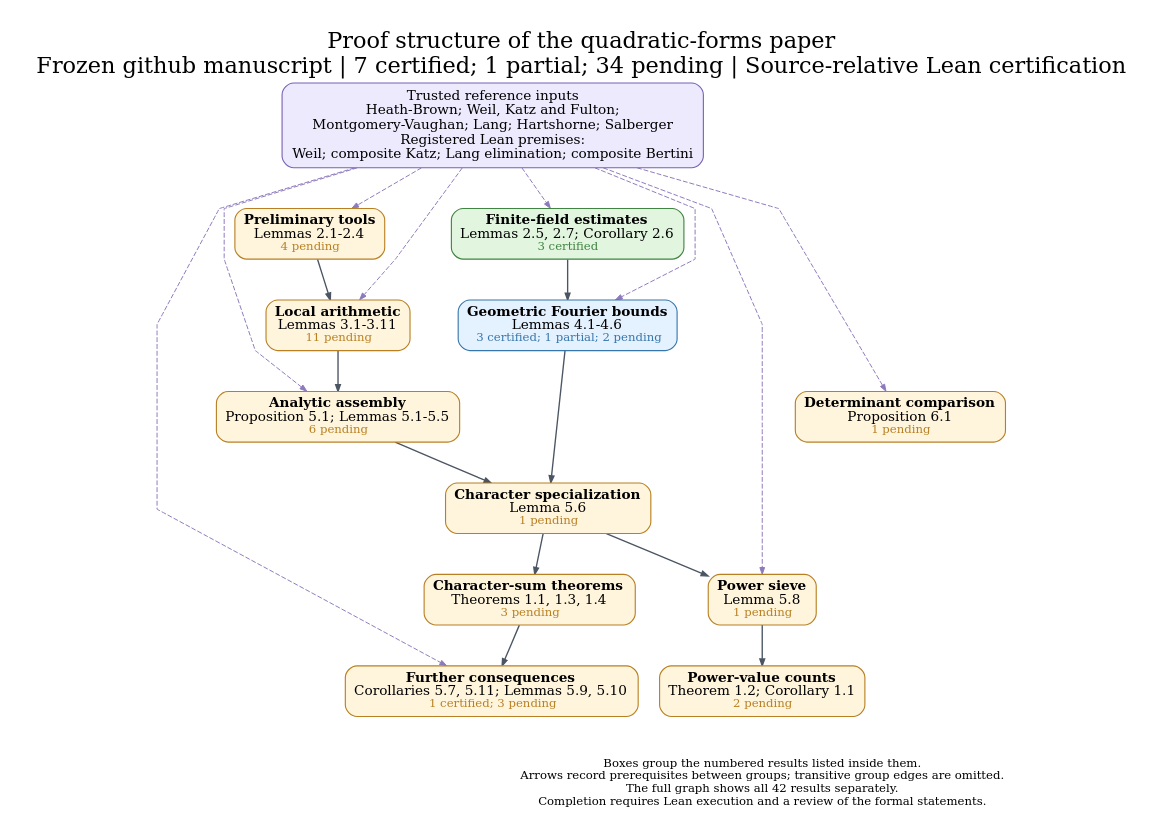
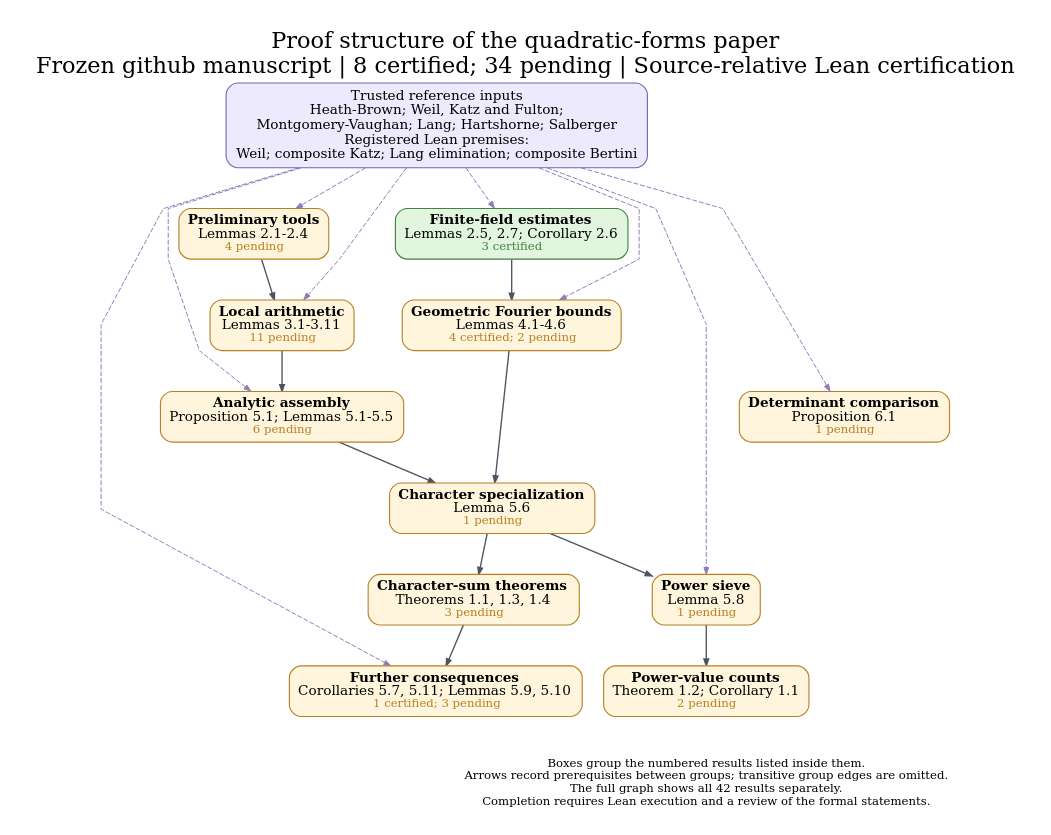
The diagram in docs/dependency_overview.dot (nicolasrobles/quaternary-quadratic-forms), drawn with Graphviz before and after one commit. The commit also changed 28 other files, not shown here.

```diff
--- a/docs/dependency_overview.dot
+++ b/docs/dependency_overview.dot
@@ -1,43 +1,43 @@
 digraph Overview {
 graph [rankdir=TB, newrank=true, compound=true, outputorder=edgesfirst,
   bgcolor="white", fontname="DejaVu Serif", fontsize=23, labelloc=t,
-  label="Proof structure of the quadratic-forms paper\nFrozen github manuscript | 7 certified; 1 partial; 34 pending | Source-relative Lean certification",
+  label="Proof structure of the quadratic-forms paper\nFrozen github manuscript | 8 certified; 34 pending | Source-relative Lean certification",
   nodesep=0.30, ranksep=0.58, pad=0.28, splines=polyline];
 node [shape=box, style="rounded,filled", fillcolor="#fff4dc", color="#b88023",
   fontname="DejaVu Serif", fontsize=14, penwidth=1.15, margin="0.12,0.09"];
 edge [color="#4b5563", arrowsize=0.70, penwidth=1.05];
 sources [label="Trusted reference inputs\nHeath-Brown; Weil, Katz and Fulton;\nMontgomery-Vaughan; Lang; Hartshorne; Salberger\nRegistered Lean premises:\nWeil; composite Katz; Lang elimination; composite Bertini", fillcolor="#eeeafd", color="#7762b4", fontsize=14];
 "prelim" [label=<<B>Preliminary tools</B><BR/>Lemmas 2.1-2.4<BR/><FONT POINT-SIZE="12" COLOR="#b88023">4 pending</FONT>>, fillcolor="#fff4dc", color="#b88023", URL="https://github.com/nicolasrobles/quaternary-quadratic-forms/blob/main/INVENTORY.md", target="_blank"];
 "finite" [label=<<B>Finite-field estimates</B><BR/>Lemmas 2.5, 2.7; Corollary 2.6<BR/><FONT POINT-SIZE="12" COLOR="#408342">3 certified</FONT>>, fillcolor="#e1f5df", color="#408342", URL="https://github.com/nicolasrobles/quaternary-quadratic-forms/blob/main/INVENTORY.md", target="_blank"];
 "local" [label=<<B>Local arithmetic</B><BR/>Lemmas 3.1-3.11<BR/><FONT POINT-SIZE="12" COLOR="#b88023">11 pending</FONT>>, fillcolor="#fff4dc", color="#b88023", URL="https://github.com/nicolasrobles/quaternary-quadratic-forms/blob/main/INVENTORY.md", target="_blank"];
-"fourier" [label=<<B>Geometric Fourier bounds</B><BR/>Lemmas 4.1-4.6<BR/><FONT POINT-SIZE="12" COLOR="#3676aa">3 certified; 1 partial; 2 pending</FONT>>, fillcolor="#e4f1ff", color="#3676aa", URL="https://github.com/nicolasrobles/quaternary-quadratic-forms/blob/main/INVENTORY.md", target="_blank"];
+"fourier" [label=<<B>Geometric Fourier bounds</B><BR/>Lemmas 4.1-4.6<BR/><FONT POINT-SIZE="12" COLOR="#b88023">4 certified; 2 pending</FONT>>, fillcolor="#fff4dc", color="#b88023", URL="https://github.com/nicolasrobles/quaternary-quadratic-forms/blob/main/INVENTORY.md", target="_blank"];
 "analytic" [label=<<B>Analytic assembly</B><BR/>Proposition 5.1; Lemmas 5.1-5.5<BR/><FONT POINT-SIZE="12" COLOR="#b88023">6 pending</FONT>>, fillcolor="#fff4dc", color="#b88023", URL="https://github.com/nicolasrobles/quaternary-quadratic-forms/blob/main/INVENTORY.md", target="_blank"];
 "characters" [label=<<B>Character specialization</B><BR/>Lemma 5.6<BR/><FONT POINT-SIZE="12" COLOR="#b88023">1 pending</FONT>>, fillcolor="#fff4dc", color="#b88023", URL="https://github.com/nicolasrobles/quaternary-quadratic-forms/blob/main/INVENTORY.md", target="_blank"];
 "sieve" [label=<<B>Power sieve</B><BR/>Lemma 5.8<BR/><FONT POINT-SIZE="12" COLOR="#b88023">1 pending</FONT>>, fillcolor="#fff4dc", color="#b88023", URL="https://github.com/nicolasrobles/quaternary-quadratic-forms/blob/main/INVENTORY.md", target="_blank"];
 "consequences" [label=<<B>Further consequences</B><BR/>Corollaries 5.7, 5.11; Lemmas 5.9, 5.10<BR/><FONT POINT-SIZE="12" COLOR="#b88023">1 certified; 3 pending</FONT>>, fillcolor="#fff4dc", color="#b88023", URL="https://github.com/nicolasrobles/quaternary-quadratic-forms/blob/main/INVENTORY.md", target="_blank"];
 "maincharacters" [label=<<B>Character-sum theorems</B><BR/>Theorems 1.1, 1.3, 1.4<BR/><FONT POINT-SIZE="12" COLOR="#b88023">3 pending</FONT>>, fillcolor="#fff4dc", color="#b88023", URL="https://github.com/nicolasrobles/quaternary-quadratic-forms/blob/main/INVENTORY.md", target="_blank"];
 "mainpowers" [label=<<B>Power-value counts</B><BR/>Theorem 1.2; Corollary 1.1<BR/><FONT POINT-SIZE="12" COLOR="#b88023">2 pending</FONT>>, fillcolor="#fff4dc", color="#b88023", URL="https://github.com/nicolasrobles/quaternary-quadratic-forms/blob/main/INVENTORY.md", target="_blank"];
 "fixed" [label=<<B>Determinant comparison</B><BR/>Proposition 6.1<BR/><FONT POINT-SIZE="12" COLOR="#b88023">1 pending</FONT>>, fillcolor="#fff4dc", color="#b88023", URL="https://github.com/nicolasrobles/quaternary-quadratic-forms/blob/main/INVENTORY.md", target="_blank"];
 "analytic" -> "characters" [penwidth=1.4];
 "characters" -> "maincharacters" [penwidth=1.4];
 "characters" -> "sieve" [penwidth=1.4];
 "finite" -> "fourier" [penwidth=1.4];
 "fourier" -> "characters" [penwidth=1.4];
 "local" -> "analytic" [penwidth=1.4];
 "maincharacters" -> "consequences" [penwidth=1.4];
 "prelim" -> "local" [penwidth=1.4];
 "sieve" -> "mainpowers" [penwidth=1.4];
 sources -> "analytic" [style=dashed, color="#8d79bc", penwidth=1.0];
 sources -> "consequences" [style=dashed, color="#8d79bc", penwidth=1.0];
 sources -> "finite" [style=dashed, color="#8d79bc", penwidth=1.0];
 sources -> "fixed" [style=dashed, color="#8d79bc", penwidth=1.0];
 sources -> "fourier" [style=dashed, color="#8d79bc", penwidth=1.0];
 sources -> "local" [style=dashed, color="#8d79bc", penwidth=1.0];
 sources -> "prelim" [style=dashed, color="#8d79bc", penwidth=1.0];
 sources -> "sieve" [style=dashed, color="#8d79bc", penwidth=1.0];
 legend [shape=plain, style="", label="Boxes group the numbered results listed inside them.\nArrows record prerequisites between groups; transitive group edges are omitted.\nThe full graph shows all 42 results separately.\nCompletion requires Lean execution and a review of the formal statements.", fontsize=12];
 {rank=sink; legend;}
 "consequences" -> legend [style=invis];
 "fixed" -> legend [style=invis];
 "mainpowers" -> legend [style=invis];
 }
```
